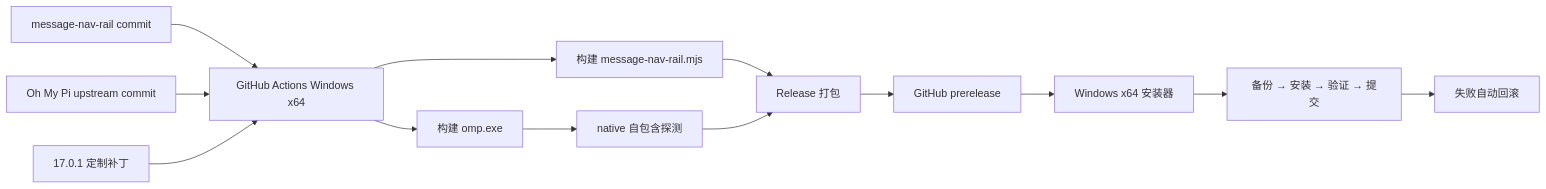
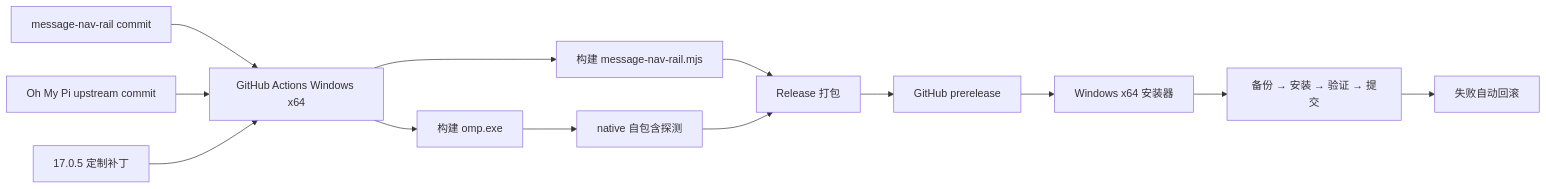
Before and after one commit to Frashmeat/message-nav-rail: the diagram in docs/windows-x64-github-release-plan.md, drawn with Mermaid. The commit also changed other lines of this file and 8 other files, not shown here.

````diff
--- a/docs/windows-x64-github-release-plan.md
+++ b/docs/windows-x64-github-release-plan.md
@@ -60,15 +68,15 @@
 ```mermaid
 flowchart LR
     A["message-nav-rail commit"] --> C["GitHub Actions Windows x64"]
     B["Oh My Pi upstream commit"] --> C
-    P["17.0.1 定制补丁"] --> C
+    P["17.0.5 定制补丁"] --> C
     C --> D["构建 omp.exe"]
     C --> E["构建 message-nav-rail.mjs"]
     D --> F["native 自包含探测"]
     E --> G["Release 打包"]
     F --> G
     G --> H["GitHub prerelease"]
     H --> I["Windows x64 安装器"]
     I --> J["备份 → 安装 → 验证 → 提交"]
     J --> K["失败自动回滚"]
 ```
````
